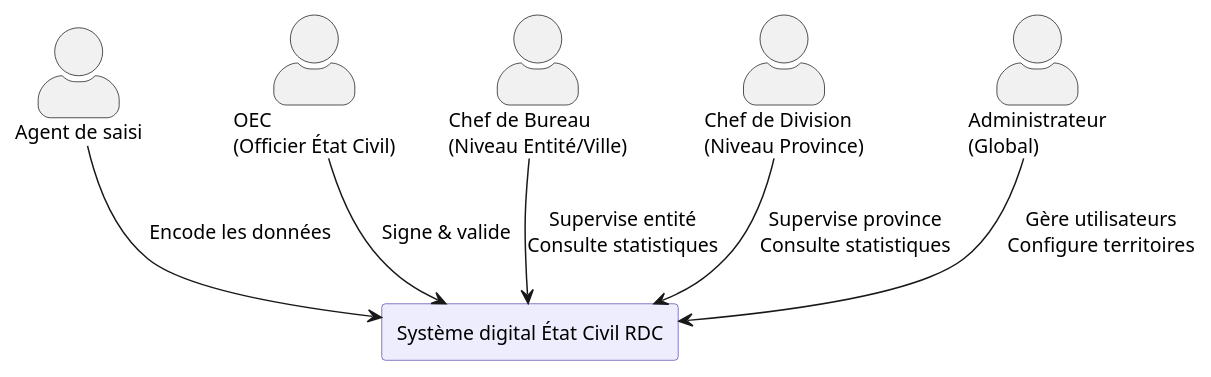
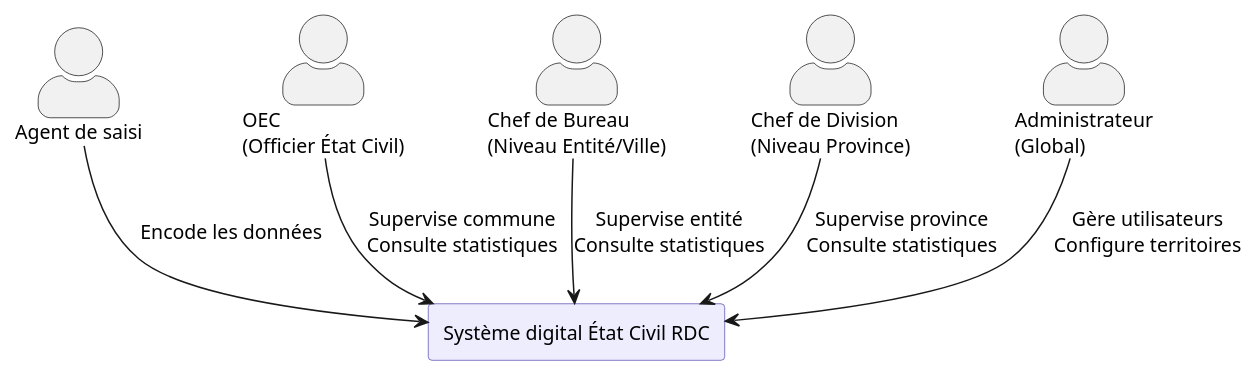
One commit to jospinQr/rdc_etat_civil_api changed the diagram in uml/.diagrammeContext.plantuml. Above: the diagram before and after it, drawn with PlantUML. The commit also changed 15 other files, not shown here.

Commit message:
Feat : Get Stat for Charting

```diff
--- a/uml/.diagrammeContext.plantuml
+++ b/uml/.diagrammeContext.plantuml
@@ -1,23 +1,23 @@
 @startuml
 skinparam actorStyle awesome
 skinparam defaultFontName Arial
 skinparam defaultFontSize 13
 skinparam backgroundColor white
 skinparam rectangleBackgroundColor #EEEDFE
 skinparam rectangleBorderColor #5B50B0
 
 rectangle "Système digital État Civil RDC" as SYS #EEEDFE
 
 actor "Agent de saisi" as CIT
 actor "OEC\n(Officier État Civil)" as OEC
 actor "Chef de Bureau\n(Niveau Entité/Ville)" as CB
 actor "Chef de Division\n(Niveau Province)" as CD
 actor "Administrateur\n(Global)" as ADMIN
 
 CIT  --> SYS : Encode les données
-OEC  --> SYS : Signe & valide
+OEC  --> SYS : Supervise commune\nConsulte statistiques
 CB   --> SYS : Supervise entité\nConsulte statistiques
 CD   --> SYS : Supervise province\nConsulte statistiques
 ADMIN --> SYS : Gère utilisateurs\nConfigure territoires
 
 @enduml
```
